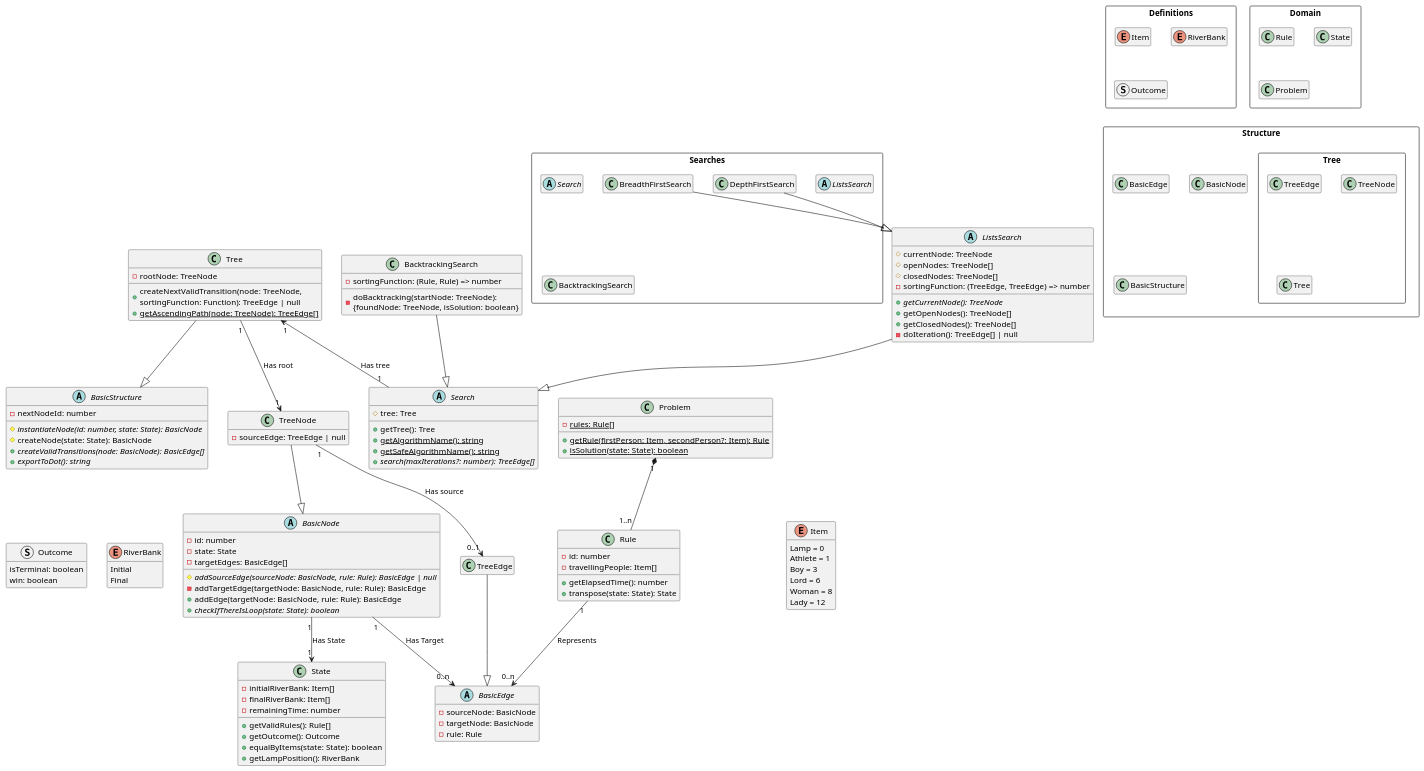
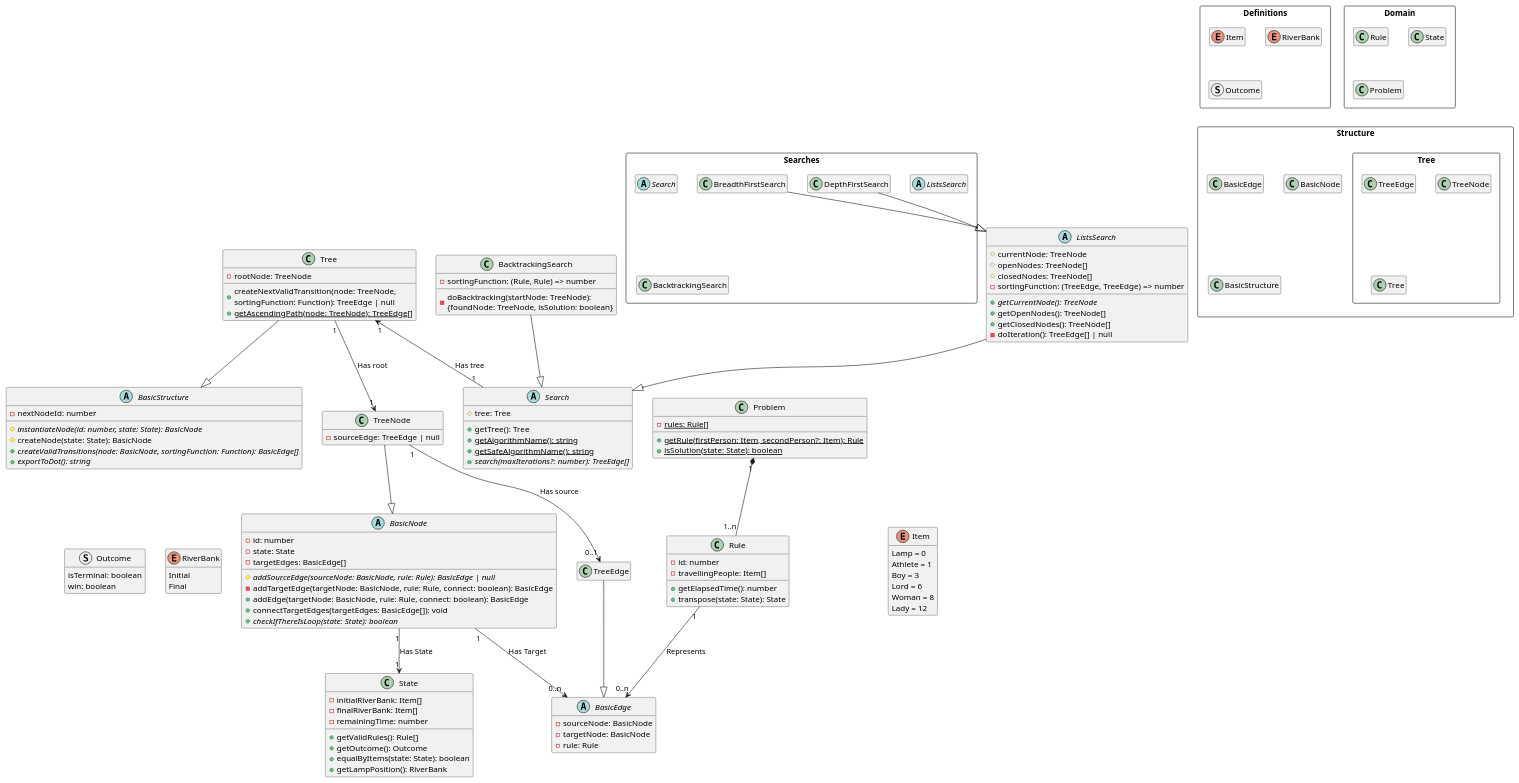
One commit to gabdumal/ponteEscura changed the diagram in docs/classDiagram.plantuml. Above: the diagram before and after it, drawn with PlantUML. The commit also changed 8 other files, not shown here.

Commit message:
Sort target edges before connecting them

```diff
--- a/docs/classDiagram.plantuml
+++ b/docs/classDiagram.plantuml
@@ -1,174 +1,175 @@
 @startuml
 
     ' Config
     hide empty members
     ' skinparam classAttributeIconSize 0
     ' left to right direction
 
 
     ' Pacotes
 
     package Definitions <<Rectangle>> {
         enum Item
         enum RiverBank
         struct Outcome
     }
 
     package Domain <<Rectangle>> {
         class Rule
         class State
         class Problem
     }
 
     package Structure <<Rectangle>> {
         class BasicEdge
         class BasicNode
         class BasicStructure
 
         package Tree <<Rectangle>> {
             class TreeEdge
             class TreeNode
             class Tree
         }
     }
 
     package Searches <<Rectangle>> {
         abstract class Search
         abstract class ListsSearch
         class BreadthFirstSearch
         class DepthFirstSearch
         class BacktrackingSearch
     }
 
 
     ' Definições
 
     enum Item {
         Lamp = 0
 	    Athlete = 1
 	    Boy = 3
 	    Lord = 6
 	    Woman = 8
 	    Lady = 12
     }
 
     enum RiverBank {
         Initial
         Final
     }
 
     struct Outcome {
         isTerminal: boolean
         win: boolean
     }
 
 
     ' Classes
 
     class Rule {
         -id: number
         -travellingPeople: Item[]
         +getElapsedTime(): number
         +transpose(state: State): State
     }
 
     class State {
         -initialRiverBank: Item[]
         -finalRiverBank: Item[]
         -remainingTime: number
         +getValidRules(): Rule[]
         +getOutcome(): Outcome
         +equalByItems(state: State): boolean
         +getLampPosition(): RiverBank
     }
 
     class Problem {
         -{static}rules: Rule[]
         +{static}getRule(firstPerson: Item, secondPerson?: Item): Rule
         +{static}isSolution(state: State): boolean
     }
 
     abstract class BasicEdge {
         -sourceNode: BasicNode
         -targetNode: BasicNode
         -rule: Rule
     }
 
     abstract class BasicNode {
         -id: number
         -state: State
         -targetEdges: BasicEdge[]
         #{abstract}addSourceEdge(sourceNode: BasicNode, rule: Rule): BasicEdge | null
-        -addTargetEdge(targetNode: BasicNode, rule: Rule): BasicEdge
-        +addEdge(targetNode: BasicNode, rule: Rule): BasicEdge
+        -addTargetEdge(targetNode: BasicNode, rule: Rule, connect: boolean): BasicEdge
+        +addEdge(targetNode: BasicNode, rule: Rule, connect: boolean): BasicEdge
+        +connectTargetEdges(targetEdges: BasicEdge[]): void
         +{abstract}checkIfThereIsLoop(state: State): boolean
     }
 
     abstract class BasicStructure {
         -nextNodeId: number
         #{abstract}instantiateNode(id: number, state: State): BasicNode
         #createNode(state: State): BasicNode
-        +{abstract}createValidTransitions(node: BasicNode): BasicEdge[]
+        +{abstract}createValidTransitions(node: BasicNode, sortingFunction: Function): BasicEdge[]
         +{abstract}exportToDot(): string
     }
 
     class TreeEdge {}
 
     class TreeNode {
         -sourceEdge: TreeEdge | null
     }
 
     class Tree {
         -rootNode: TreeNode
         +createNextValidTransition(node: TreeNode, \nsortingFunction: Function): TreeEdge | null
         +{static}getAscendingPath(node: TreeNode): TreeEdge[]
     }
 
     abstract class Search {
         #tree: Tree
         +getTree(): Tree
         +{static}getAlgorithmName(): string
         +{static}getSafeAlgorithmName(): string
         +{abstract}search(maxIterations?: number): TreeEdge[]
     }
 
     class BacktrackingSearch {
         {field}-sortingFunction: (Rule, Rule) => number
         -doBacktracking(startNode: TreeNode): \n{foundNode: TreeNode, isSolution: boolean}
     }
 
     abstract class ListsSearch {
         #currentNode: TreeNode
         #openNodes: TreeNode[]
         #closedNodes: TreeNode[]
         {field}-sortingFunction: (TreeEdge, TreeEdge) => number
         {abstract}+getCurrentNode(): TreeNode
         +getOpenNodes(): TreeNode[]
         +getClosedNodes(): TreeNode[]
         -doIteration(): TreeEdge[] | null
     }
 
 
     ' Relacionamentos
 
     Rule "1" --> "0..n" BasicEdge : Represents
     Problem "1" *-- "1..n" Rule
     BasicNode "1" --> "0..n" BasicEdge : Has Target
     BasicNode "1" --> "1" State : Has State
     TreeNode "1" --> "0..1" TreeEdge : Has source
     Tree "1" --> "1" TreeNode : Has root
     Tree "1" <-- "1" Search : Has tree
     TreeEdge --|> BasicEdge
     TreeNode --|> BasicNode
     Tree --|> BasicStructure
     ListsSearch --|> Search
     BacktrackingSearch --|> Search
     BreadthFirstSearch --|> ListsSearch
     DepthFirstSearch --|> ListsSearch
 
     Item -[hidden]left- RiverBank
     RiverBank -[hidden]left- Outcome
     ListsSearch --[hidden]down-> Item
 
 
 @enduml
```
